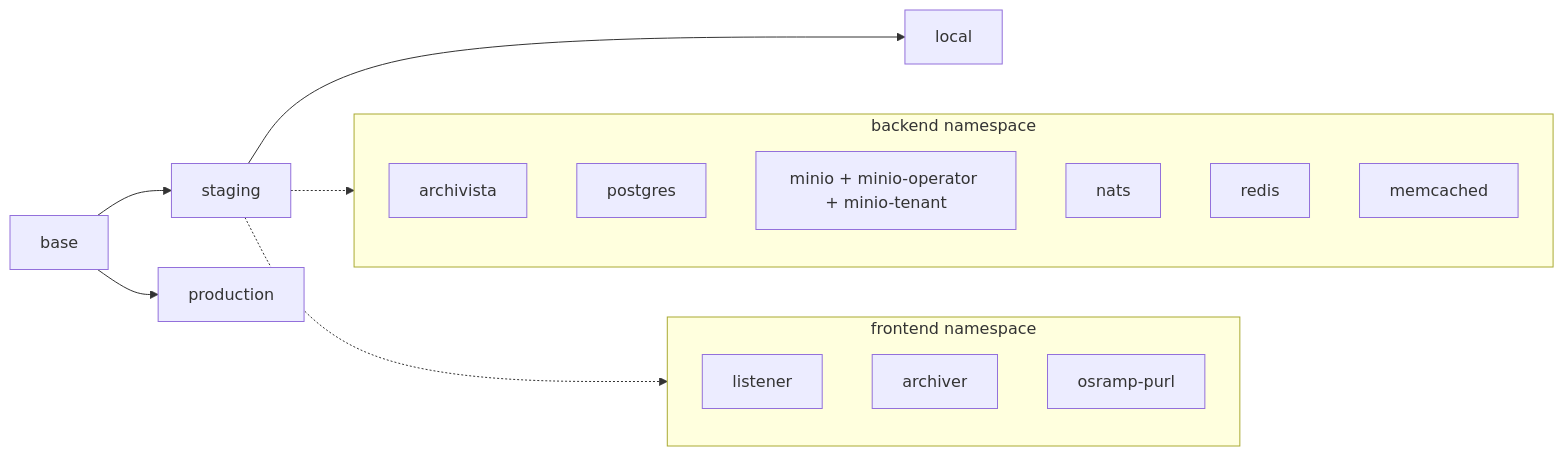
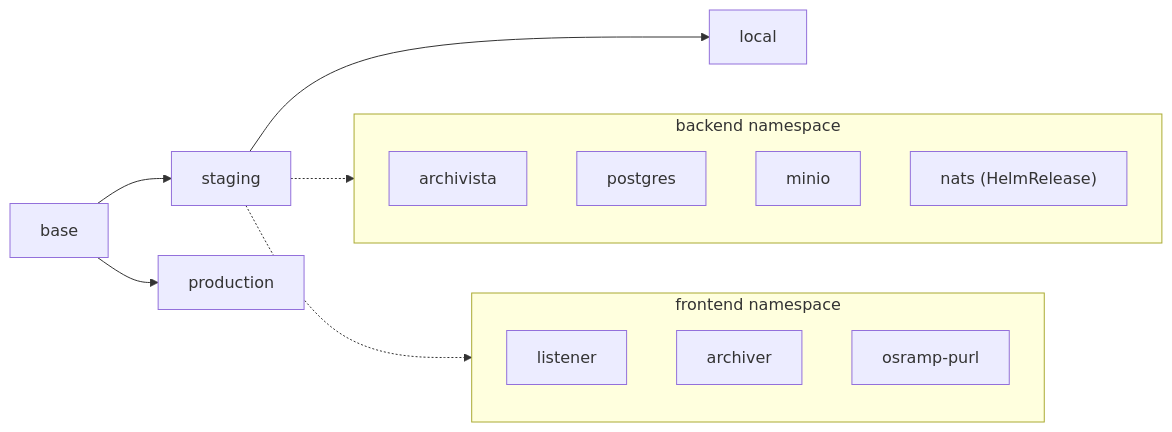
One commit to sublimino/architecture-as-code changed the diagram in d2-osramp-apps/README.md. Above: the diagram before and after it, drawn with Mermaid. The commit also changed other lines of this file and 50 other files, not shown here.

````diff
--- a/d2-osramp-apps/README.md
+++ b/d2-osramp-apps/README.md
@@ -58,21 +62,19 @@
 ```mermaid
 flowchart LR
   subgraph backend["backend namespace"]
     ARCH["archivista"]
     PG["postgres"]
-    MINIO["minio + minio-operator + minio-tenant"]
-    NATS["nats"]
-    REDIS["redis"]
-    MEM["memcached"]
+    MINIO["minio"]
+    NATS["nats (HelmRelease)"]
   end
   subgraph frontend["frontend namespace"]
     LISTENER["listener"]
     ARCHIVER["archiver"]
     PURL["osramp-purl"]
   end
   BASE["base"] --> STAGING["staging"]
   BASE --> PROD["production"]
   STAGING --> LOCAL["local"]
   STAGING -.-> backend
   STAGING -.-> frontend
 ```
````
